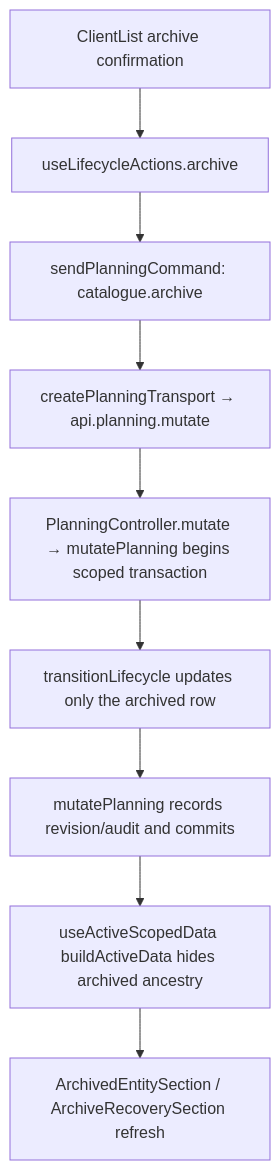
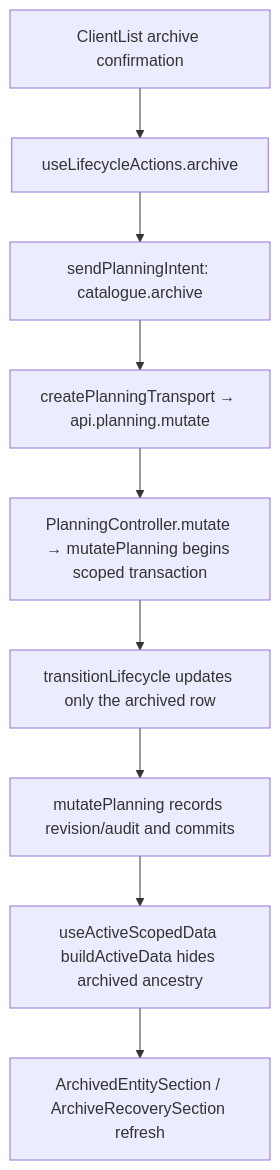
The second of 2 diagrams in user-stories/clients/US-CLI-03-archive-client.md (Kevinjohn/capacitylens), drawn with Mermaid before and after one commit. The commit also changed 55 other files, not shown here.

First line of the commit message:
Planning intent: rename planning commands to intents

````diff
--- a/user-stories/clients/US-CLI-03-archive-client.md
+++ b/user-stories/clients/US-CLI-03-archive-client.md
@@ -30,7 +30,7 @@
 ```mermaid
 flowchart TD
-  A["ClientList archive confirmation"] --> B["useLifecycleActions.archive"] --> C["sendPlanningCommand: catalogue.archive"]
+  A["ClientList archive confirmation"] --> B["useLifecycleActions.archive"] --> C["sendPlanningIntent: catalogue.archive"]
   C --> D["createPlanningTransport → api.planning.mutate"] --> E["PlanningController.mutate → mutatePlanning begins scoped transaction"]
   E --> F["transitionLifecycle updates only the archived row"] --> K["mutatePlanning records revision/audit and commits"] --> F2["useActiveScopedData buildActiveData hides archived ancestry"]
   F2 --> H["ArchivedEntitySection / ArchiveRecoverySection refresh"]
 ```
````
